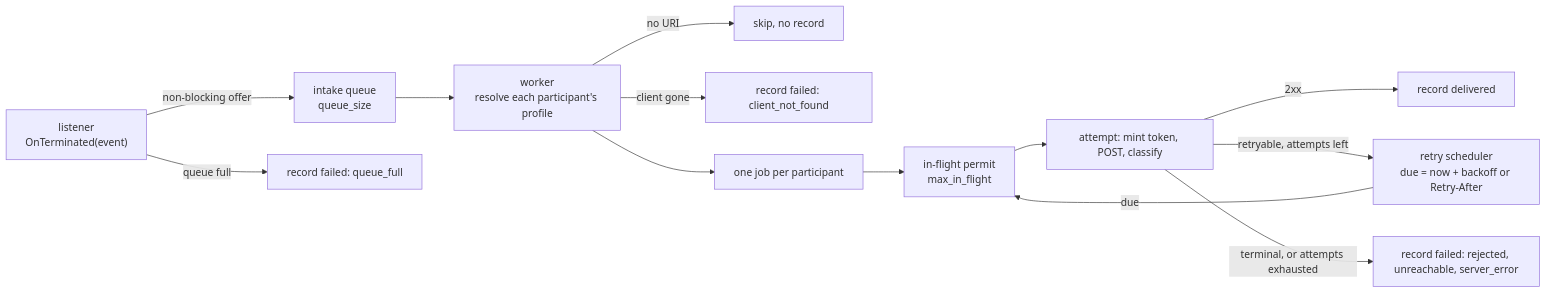
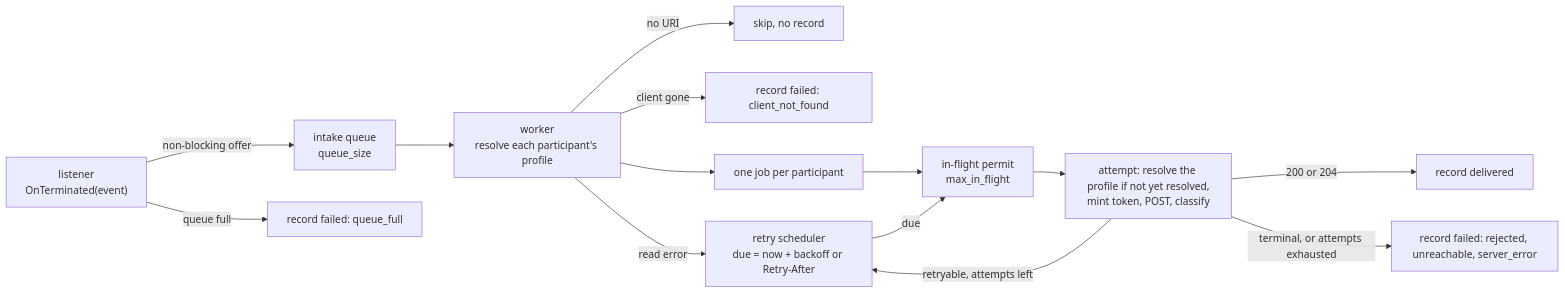
The second of 2 diagrams in docs-internals/back-channel-logout/spec.md (thiva-k/thunder), drawn with Mermaid before and after one commit. The commit also changed other lines of this file, not shown here.

````diff
--- a/docs-internals/back-channel-logout/spec.md
+++ b/docs-internals/back-channel-logout/spec.md
@@ -156,15 +156,16 @@
 ```mermaid
 flowchart LR
     L["listener<br/>OnTerminated(event)"] -->|"non-blocking offer"| Q["intake queue<br/>queue_size"]
     L -->|"queue full"| DROP["record failed: queue_full"]
     Q --> W["worker<br/>resolve each participant's profile"]
     W -->|"no URI"| SKIP["skip, no record"]
     W -->|"client gone"| CNF["record failed: client_not_found"]
+    W -->|"read error"| R
     W --> J["one job per participant"]
     J --> S["in-flight permit<br/>max_in_flight"]
-    S --> A["attempt: mint token, POST, classify"]
-    A -->|"2xx"| OK["record delivered"]
+    S --> A["attempt: resolve the profile if not yet resolved,<br/>mint token, POST, classify"]
+    A -->|"200 or 204"| OK["record delivered"]
     A -->|"retryable, attempts left"| R["retry scheduler<br/>due = now + backoff or Retry-After"]
     R -->|"due"| S
     A -->|"terminal, or attempts exhausted"| F["record failed: rejected, unreachable, server_error"]
 ```
````
